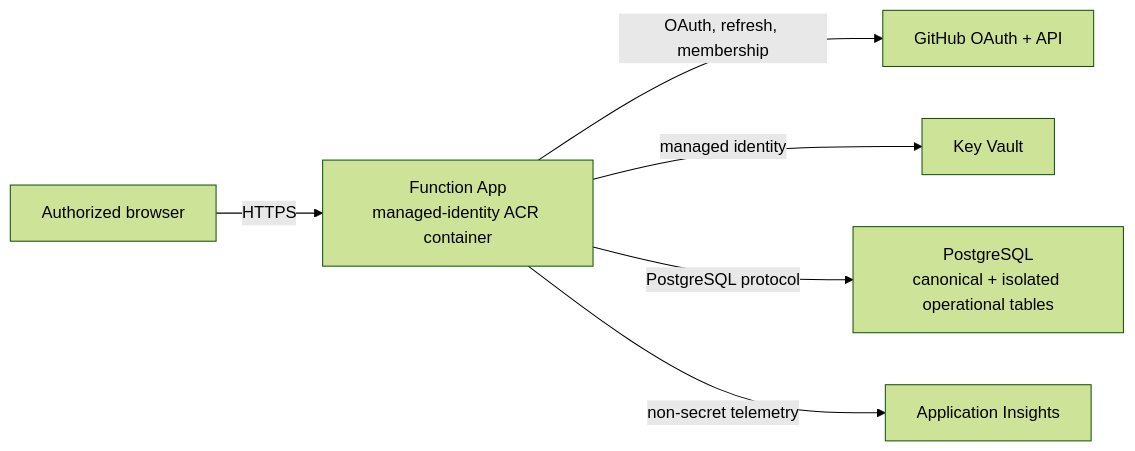
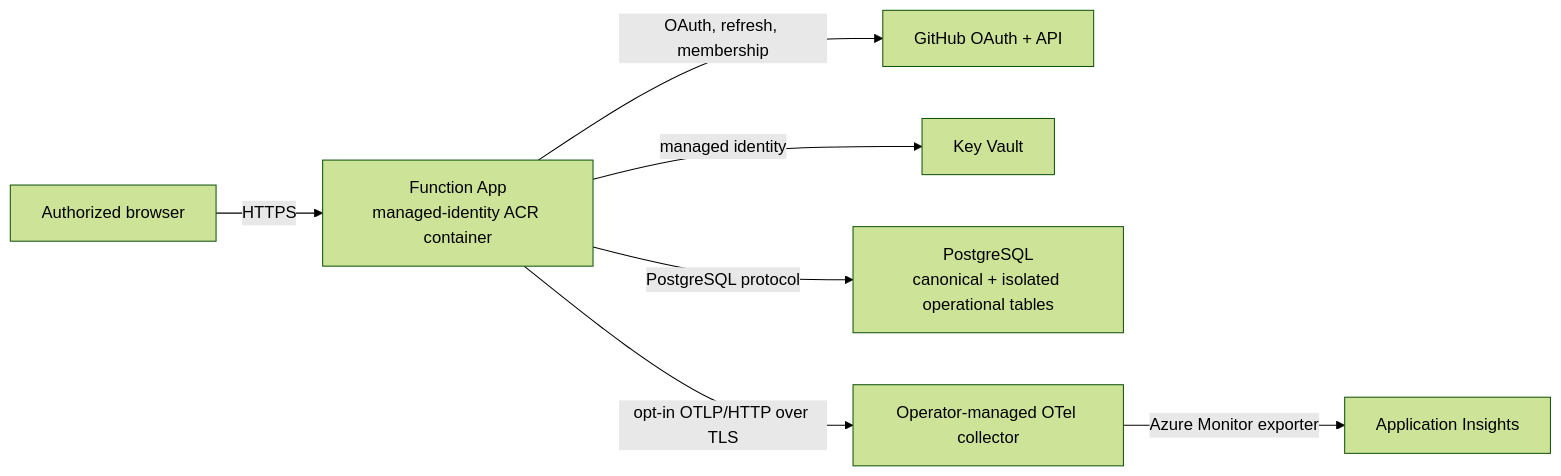
One commit to githubnext/gh-aw-cao changed the diagram in docs/deployment-azure.md. Above: the diagram before and after it, drawn with Mermaid (forest theme). The commit also changed other lines of this file and 9 other files, not shown here.

First line of the commit message:
fix(azure): wire explicit Go OTLP monitoring route

````diff
--- a/docs/deployment-azure.md
+++ b/docs/deployment-azure.md
@@ -19,8 +19,9 @@
 ```mermaid
 flowchart LR
   Browser["Authorized browser"] -->|"HTTPS"| Function["Function App<br/>managed-identity ACR container"]
   Function -->|"OAuth, refresh, membership"| GitHub["GitHub OAuth + API"]
   Function -->|"managed identity"| KeyVault["Key Vault"]
   Function -->|"PostgreSQL protocol"| Postgres["PostgreSQL<br/>canonical + isolated operational tables"]
-  Function -->|"non-secret telemetry"| Insights["Application Insights"]
+  Function -->|"opt-in OTLP/HTTP over TLS"| Collector["Operator-managed OTel collector"]
+  Collector -->|"Azure Monitor exporter"| Insights["Application Insights"]
 ```
````
